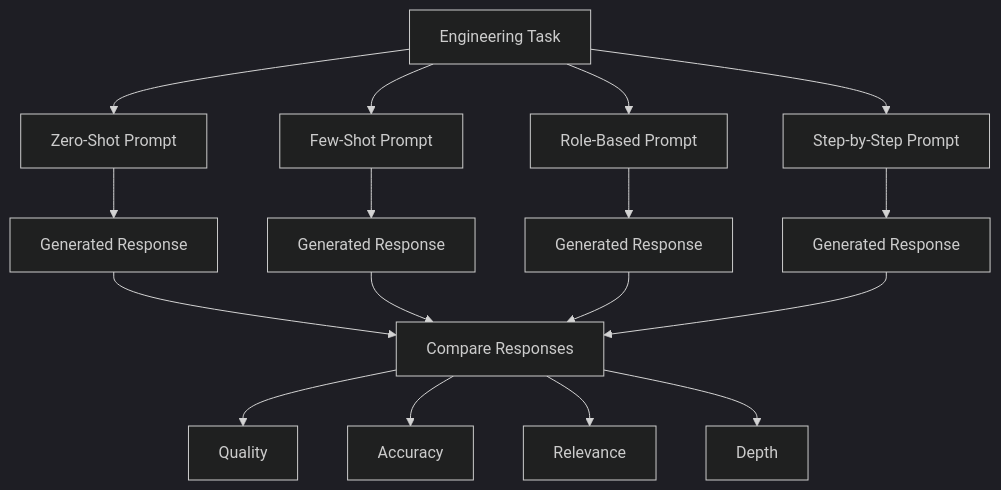
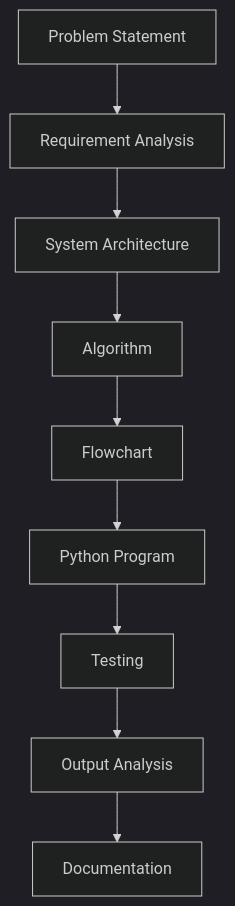
The third of 4 diagrams in README.md (Vivega-J/Ex.No.5), drawn with Mermaid (dark theme) before and after one commit. The commit also changed other lines of this file, not shown here.

````diff
--- a/README.md
+++ b/README.md
@@ -82,22 +576,11 @@
 ```mermaid
 flowchart TD
-    A[Engineering Task] --> B[Zero-Shot Prompt]
-    A --> C[Few-Shot Prompt]
-    A --> D[Role-Based Prompt]
-    A --> E[Step-by-Step Prompt]
-
-    B --> F[Generated Response]
-    C --> G[Generated Response]
-    D --> H[Generated Response]
-    E --> I[Generated Response]
-
-    F --> J[Compare Responses]
-    G --> J
-    H --> J
-    I --> J
-
-    J --> K[Quality]
-    J --> L[Accuracy]
-    J --> M[Relevance]
-    J --> N[Depth]
+    A[Problem Statement] --> B[Requirement Analysis]
+    B --> C[System Architecture]
+    C --> D[Algorithm]
+    D --> E[Flowchart]
+    E --> F[Python Program]
+    F --> G[Testing]
+    G --> H[Output Analysis]
+    H --> I[Documentation]
 ```
````
